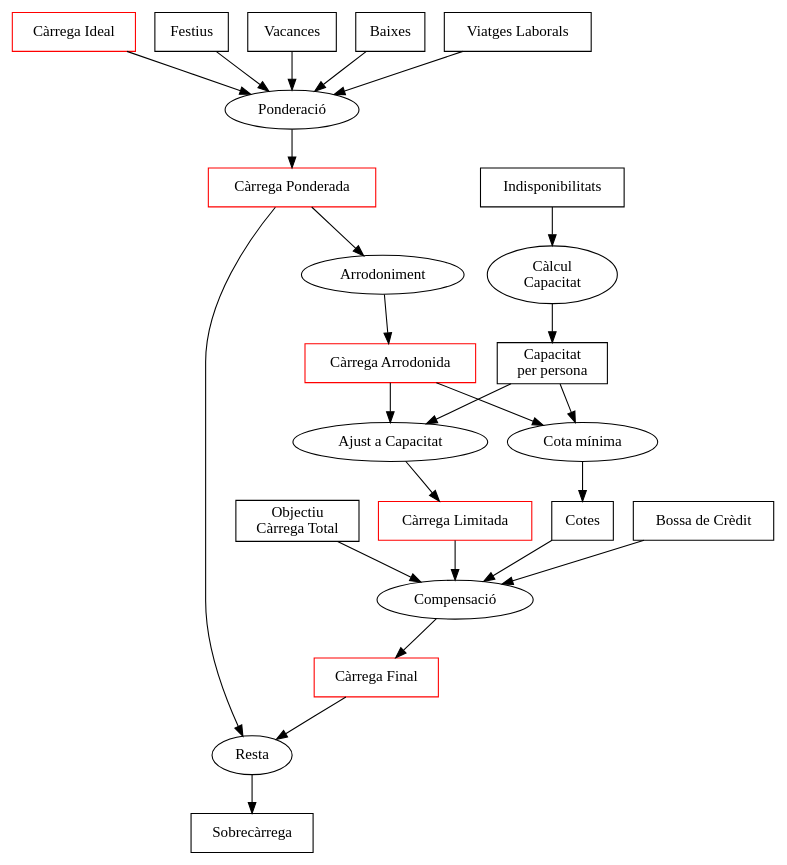
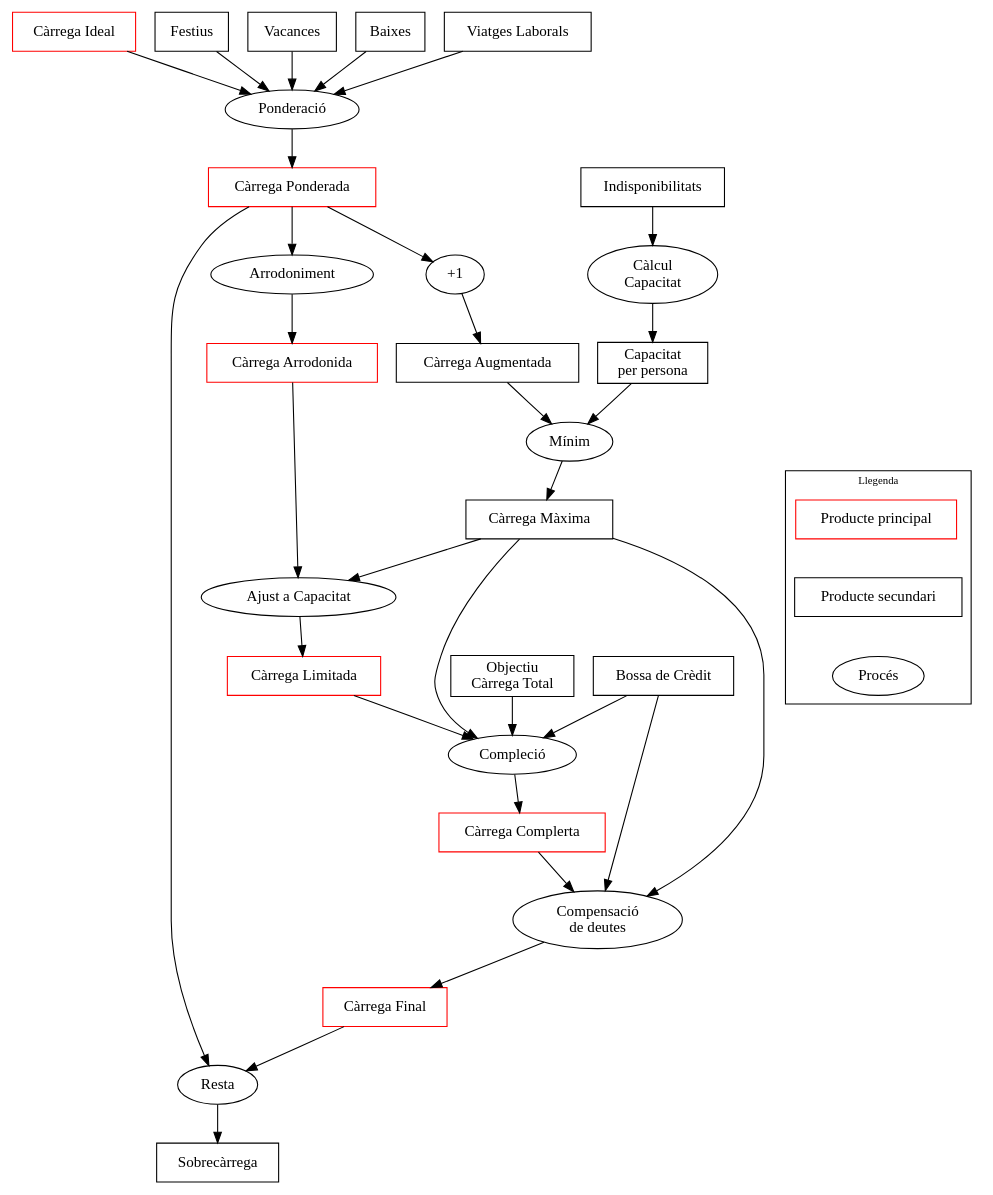
The diagram in doc/shiftloadprocess.dot (Som-Energia/somenergia-tomatic), drawn with Graphviz before and after one commit. The commit also changed 1 other file, not shown here.

Commit message:
shiftloadprocess diagram updated

```diff
--- a/doc/shiftloadprocess.dot
+++ b/doc/shiftloadprocess.dot
@@ -1,38 +1,70 @@
 digraph G {
 	rankdir=TB
-	"Càrrega Ideal" [shape=rectangle, color=red]
-	"Càrrega Ponderada" [shape=rectangle, color=red]
-	"Càrrega Arrodonida" [shape=rectangle, color=red]
-	"Càrrega Limitada" [shape=rectangle, color=red]
-	"Càrrega Final" [shape=rectangle, color=red]
+    graph [fontsize=10 fontname="Verdana"];
 
-	"Festius" [shape=rectangle]
-	"Vacances" [shape=rectangle]
-	"Baixes" [shape=rectangle]
-	"Viatges Laborals" [shape=rectangle]
-	Capacitat [label = "Capacitat\nper persona", shape=rectangle]
-	"Indisponibilitats" [shape=rectangle]
-	"Cotes" [shape=rectangle]
-	"Sobrecàrrega" [shape=rectangle]
-	"Bossa de Crèdit" [shape=rectangle]
-	"FullLoad"[label = "Objectiu\nCàrrega Total", shape=rectangle]
+    subgraph main {
 
-	"Càrrega Ideal" -> Ponderació -> "Càrrega Ponderada" -> Arrodoniment -> "Càrrega Arrodonida" -> "Ajust a Capacitat" -> "Càrrega Limitada" -> Compensació -> "Càrrega Final"
+    node[shape=rectangle, color=red]
+	"Càrrega Ideal"
+	"Càrrega Ponderada"
+	"Càrrega Arrodonida"
+	"Càrrega Limitada"
+	"Càrrega Complerta"
+	"Càrrega Final"
+
+    node[shape=rectangle, color=black]
+	"Càrrega Augmentada"
+	"Festius"
+	"Vacances"
+	"Baixes"
+	"Viatges Laborals"
+	Capacitat [label = "Capacitat\nper persona"]
+	"Indisponibilitats"
+	"Cotes" [label = "Càrrega Màxima"]
+	"Sobrecàrrega"
+	"Bossa de Crèdit"
+	"FullLoad"[label = "Objectiu\nCàrrega Total"]
+
+    node[shape=ellipse]
+
+    Compensació [label="Compensació\nde deutes"]
+
+
+	"Càrrega Ideal" ->
+        Ponderació -> "Càrrega Ponderada" ->
+        Arrodoniment -> "Càrrega Arrodonida" ->
+        "Ajust a Capacitat" -> "Càrrega Limitada" ->
+        Compleció -> "Càrrega Complerta" ->
+        Compensació -> "Càrrega Final"
 
 	"Vacances" -> "Ponderació"
 	"Festius" -> "Ponderació"
 	"Baixes" -> "Ponderació"
 	"Viatges Laborals" -> "Ponderació"
 
 	Indisponibilitats -> "Càlcul\nCapacitat" -> Capacitat
-	Capacitat -> "Ajust a Capacitat"
+	Cotes -> "Ajust a Capacitat"
 
-	Capacitat -> "Cota mínima" -> Cotes
-	"Càrrega Arrodonida" -> "Cota mínima"
+    "Suma 1" [label = "+1"]
+	"Càrrega Ponderada" -> "Suma 1" -> "Càrrega Augmentada"
+	"Càrrega Augmentada" -> "Mínim" -> "Cotes"
+	Capacitat -> "Mínim"
+	Cotes -> Compleció
 	Cotes -> Compensació
+	"Bossa de Crèdit" -> Compleció
+	FullLoad          -> "Compleció"
 	"Bossa de Crèdit" -> "Compensació"
-	"FullLoad" -> "Compensació"
-	"Càrrega Ponderada" -> "Resta" -> "Sobrecàrrega"
+	"Càrrega Ponderada" -> "Resta"  -> "Sobrecàrrega"
 	"Càrrega Final" -> "Resta"
-
+    }
+    subgraph cluster0 {
+        label="Llegenda"
+        rank="other"
+        edge[style=invis]
+        "Producte principal" [shape=rectangle, color=red]
+        "Producte secundari" [shape=rectangle, color=black]
+        "Procés" [shape=ellipse, color=black]
+        "Producte principal" -> "Producte secundari" -> Procés
+    }
+    "Mínim" -> "Producte principal" [style=invis]
 }
```
